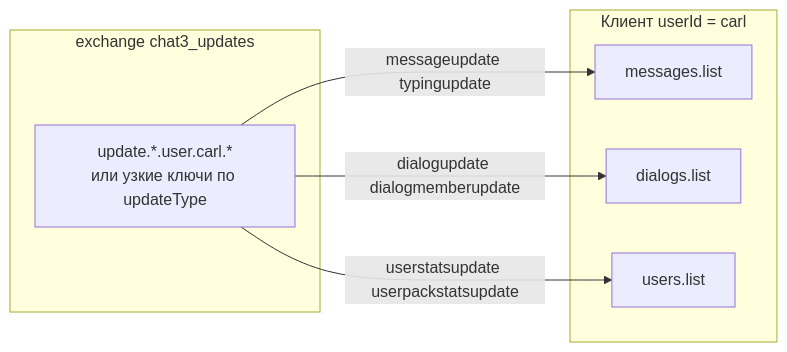
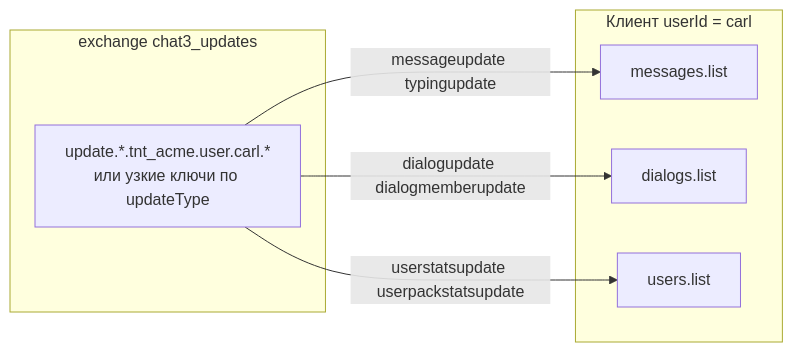
One commit to antirek/chat3 changed the second of 6 diagrams in docs/UPDATES_UI_TARGETS.md. Above: the diagram before and after it, drawn with Mermaid. The commit also changed other lines of this file and 11 other files, not shown here.

````diff
--- a/docs/UPDATES_UI_TARGETS.md
+++ b/docs/UPDATES_UI_TARGETS.md
@@ -170,16 +170,16 @@
 ```mermaid
 flowchart LR
   subgraph RMQ["exchange chat3_updates"]
-    RK["update.*.user.carl.*<br/>или узкие ключи по updateType"]
+    RK["update.*.tnt_acme.user.carl.*<br/>или узкие ключи по updateType"]
   end
 
   subgraph Client["Клиент userId = carl"]
     ML[messages.list]
     DL[dialogs.list]
     UL[users.list]
   end
 
   RK -->|messageupdate typingupdate| ML
   RK -->|dialogupdate dialogmemberupdate| DL
   RK -->|userstatsupdate userpackstatsupdate| UL
 ```
````
